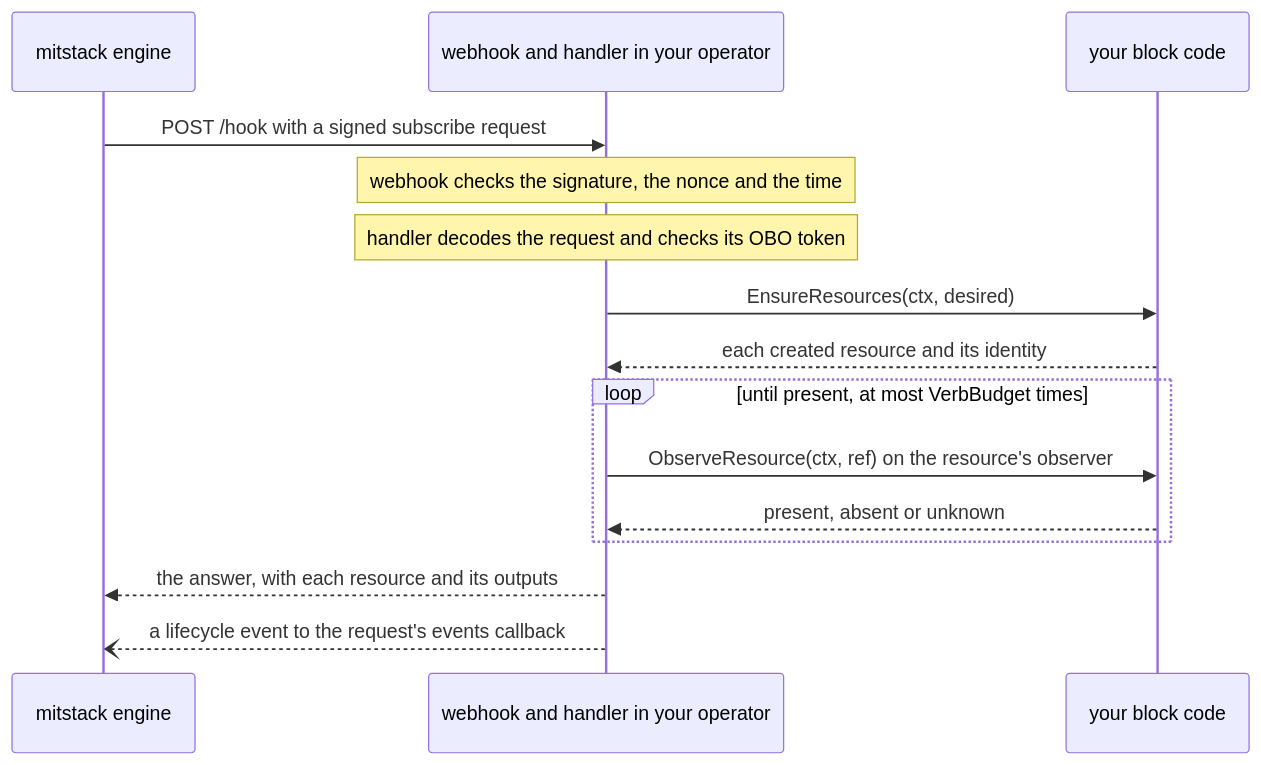
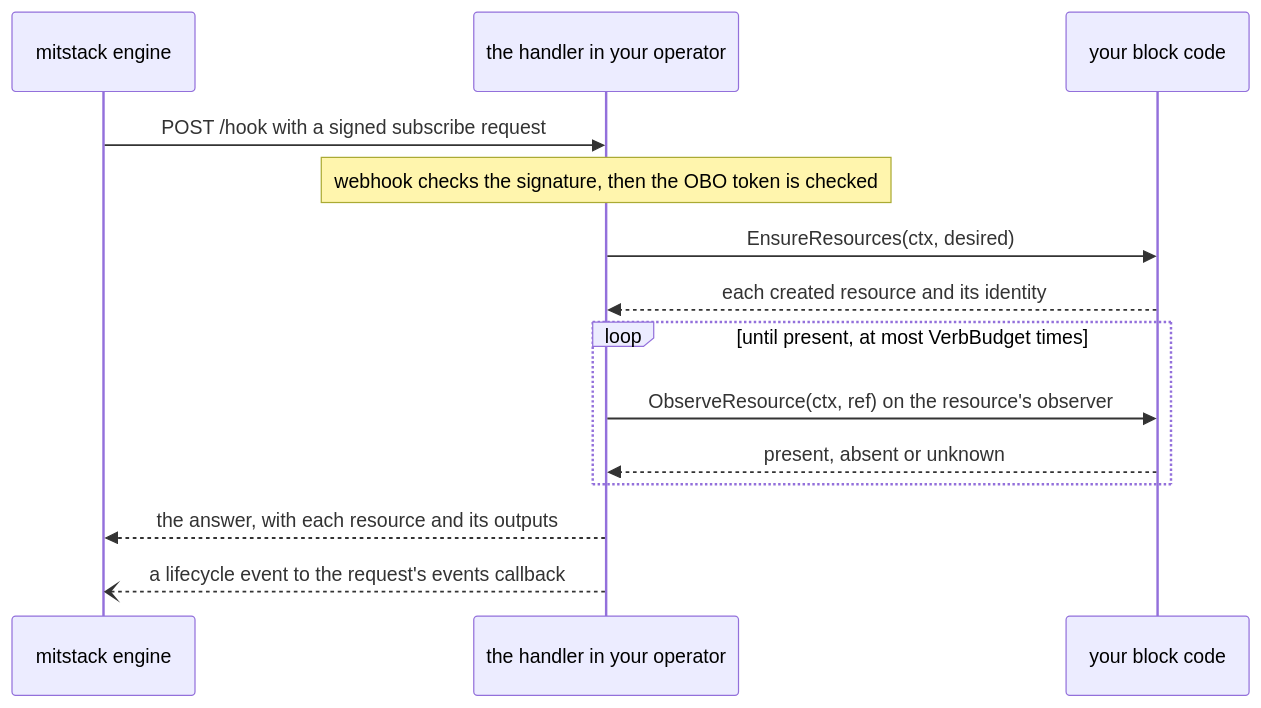
The diagram in README.md (mitstack-eu/block-kit), drawn with Mermaid before and after one commit. The commit also changed other lines of this file and 3 other files, not shown here.

````diff
--- a/README.md
+++ b/README.md
@@ -33,17 +35,16 @@
 ```mermaid
 sequenceDiagram
     participant E as mitstack engine
-    participant H as webhook and handler in your operator
+    participant H as the handler in your operator
     participant B as your block code
     E->>H: POST /hook with a signed subscribe request
-    Note over H: webhook checks the signature, the nonce and the time
-    Note over H: handler decodes the request and checks its OBO token
+    Note over H: webhook checks the signature, then the OBO token is checked
     H->>B: EnsureResources(ctx, desired)
     B-->>H: each created resource and its identity
     loop until present, at most VerbBudget times
         H->>B: ObserveResource(ctx, ref) on the resource's observer
         B-->>H: present, absent or unknown
     end
     H-->>E: the answer, with each resource and its outputs
     H--)E: a lifecycle event to the request's events callback
 ```
````
